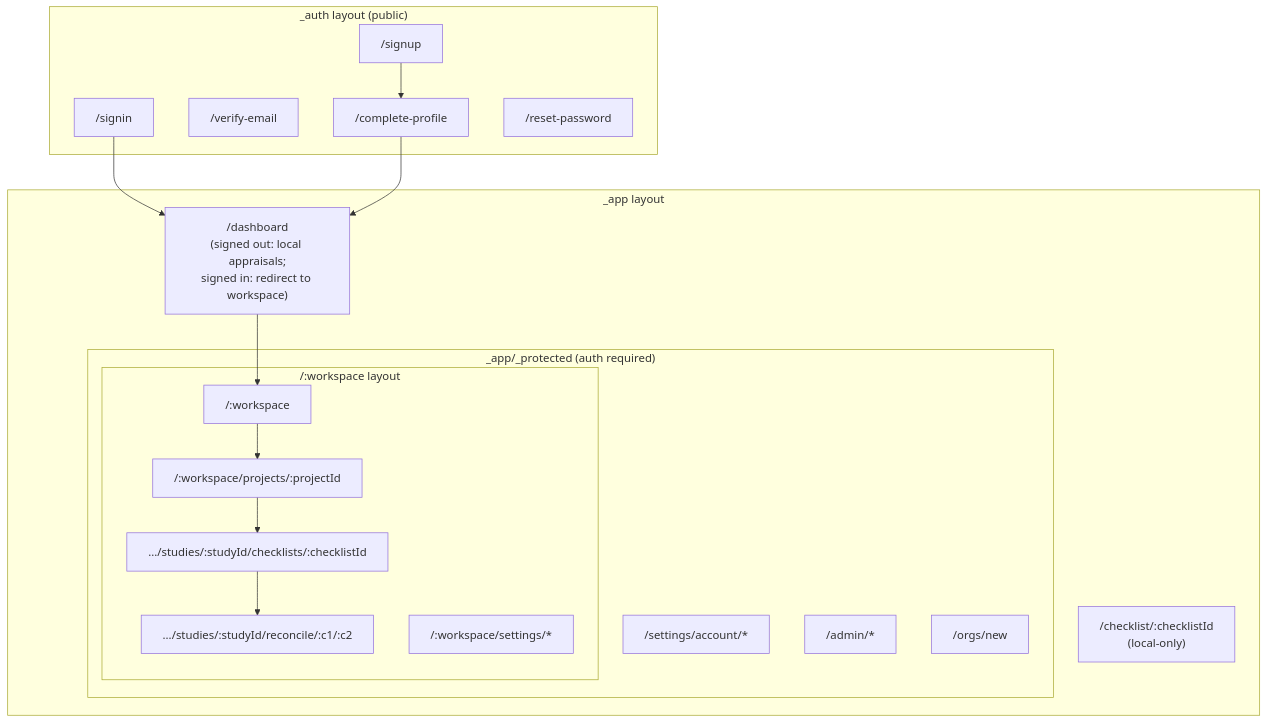
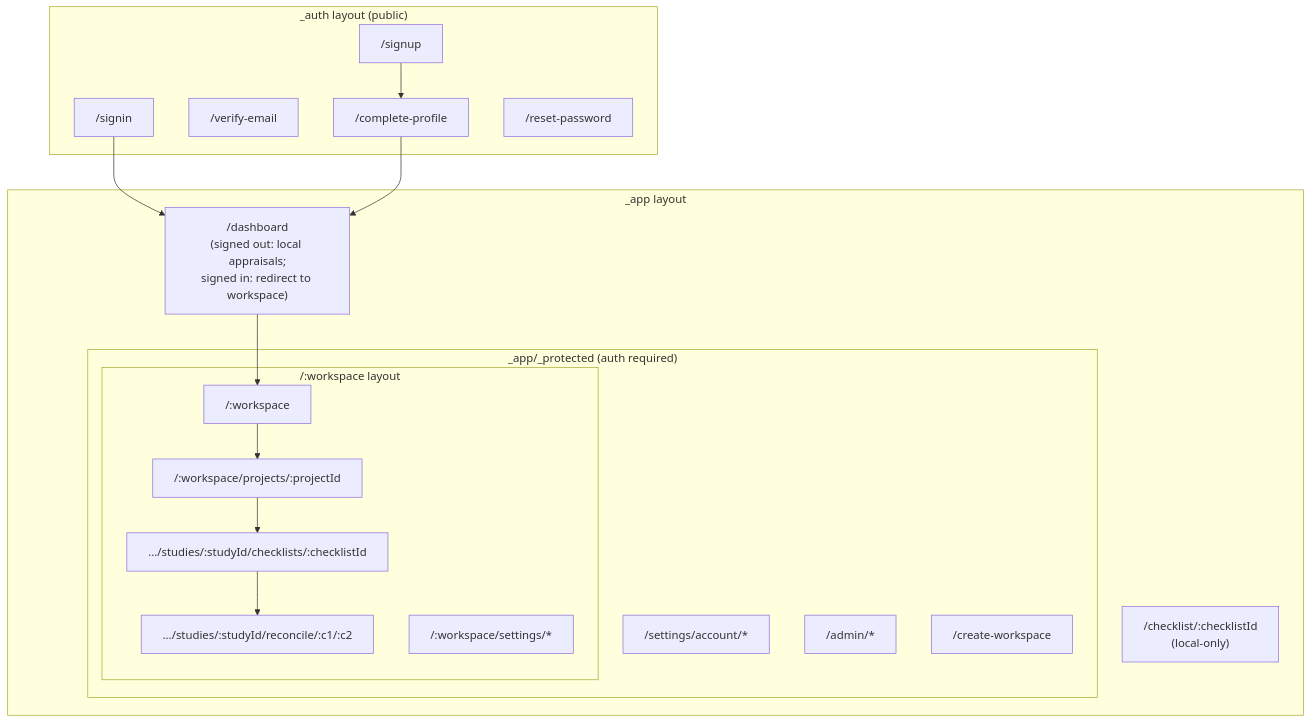
Before and after one commit to InfinityBowman/corates: the diagram in packages/docs/architecture/diagrams/05-frontend-routes.md, drawn with Mermaid. The commit also changed other lines of this file and 24 other files, not shown here.

````diff
--- a/packages/docs/architecture/diagrams/05-frontend-routes.md
+++ b/packages/docs/architecture/diagrams/05-frontend-routes.md
@@ -5,36 +5,36 @@
 ```mermaid
 flowchart TD
     subgraph Public["_auth layout (public)"]
         signin["/signin"]
         signup["/signup"]
         verifyemail["/verify-email"]
         completeprofile["/complete-profile"]
         resetpw["/reset-password"]
     end
 
     subgraph App["_app layout"]
         dashboard["/dashboard<br/>(signed out: local appraisals;<br/>signed in: redirect to workspace)"]
         localcheck["/checklist/:checklistId<br/>(local-only)"]
 
         subgraph Protected["_app/_protected (auth required)"]
             account["/settings/account/*"]
             admin["/admin/*"]
-            createorg["/orgs/new"]
+            createorg["/create-workspace"]
             subgraph Workspace["/:workspace layout"]
                 home["/:workspace"]
                 projectview["/:workspace/projects/:projectId"]
                 checklistview[".../studies/:studyId/checklists/:checklistId"]
                 reconcile[".../studies/:studyId/reconcile/:c1/:c2"]
                 wsettings["/:workspace/settings/*"]
             end
         end
     end
 
     signin --> dashboard
     signup --> completeprofile
     completeprofile --> dashboard
     dashboard --> home
     home --> projectview
     projectview --> checklistview
     checklistview --> reconcile
 ```
````
